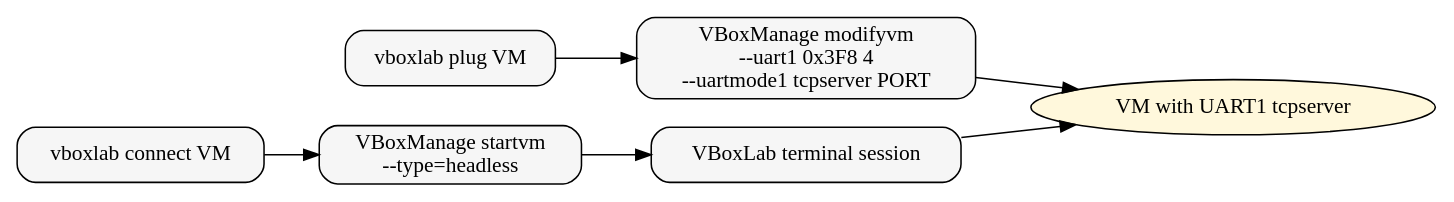
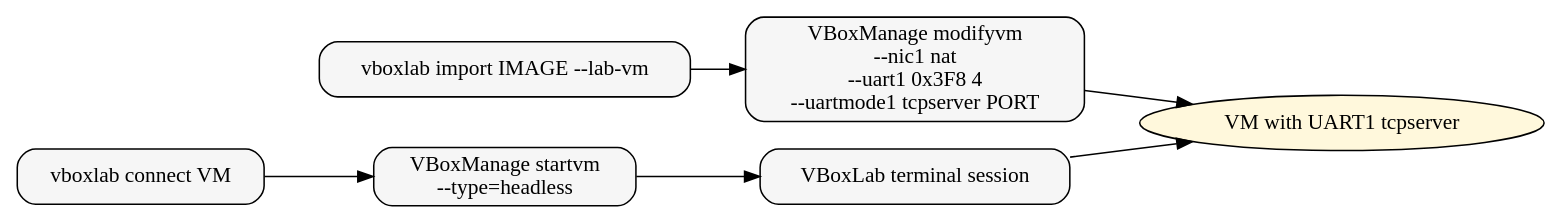
Before and after one commit to UsamG1t/NeuroPysnap: the diagram in docs/usage.rst, drawn with Graphviz. The commit also changed other lines of this file and 6 other files, not shown here.

First line of the commit message:
docs: import sets up the access, plug and protosettings removed

```diff
--- a/docs/usage.rst
+++ b/docs/usage.rst
@@ -229,17 +196,17 @@
    .. graphviz::
-      :caption: Plug-and-connect workflow for an existing VM.
+      :caption: Import-and-connect workflow for a lab VM.
 
-      digraph plug_connect_workflow {
+      digraph import_connect_workflow {
           rankdir=LR;
           node [shape=box, style="rounded,filled", fillcolor="#f6f6f6"];
 
-          plug [label="vboxlab plug VM"];
-          modifyvm [label="VBoxManage modifyvm\n--uart1 0x3F8 4\n--uartmode1 tcpserver PORT"];
+          import [label="vboxlab import IMAGE --lab-vm"];
+          modifyvm [label="VBoxManage modifyvm\n--nic1 nat\n--uart1 0x3F8 4\n--uartmode1 tcpserver PORT"];
           vm [label="VM with UART1 tcpserver", shape=ellipse, fillcolor="#fff8dc"];
           connect [label="vboxlab connect VM"];
           headless [label="VBoxManage startvm\n--type=headless"];
           terminal [label="VBoxLab terminal session"];
 
-          plug -> modifyvm -> vm;
+          import -> modifyvm -> vm;
           connect -> headless -> terminal -> vm;
       }
```
